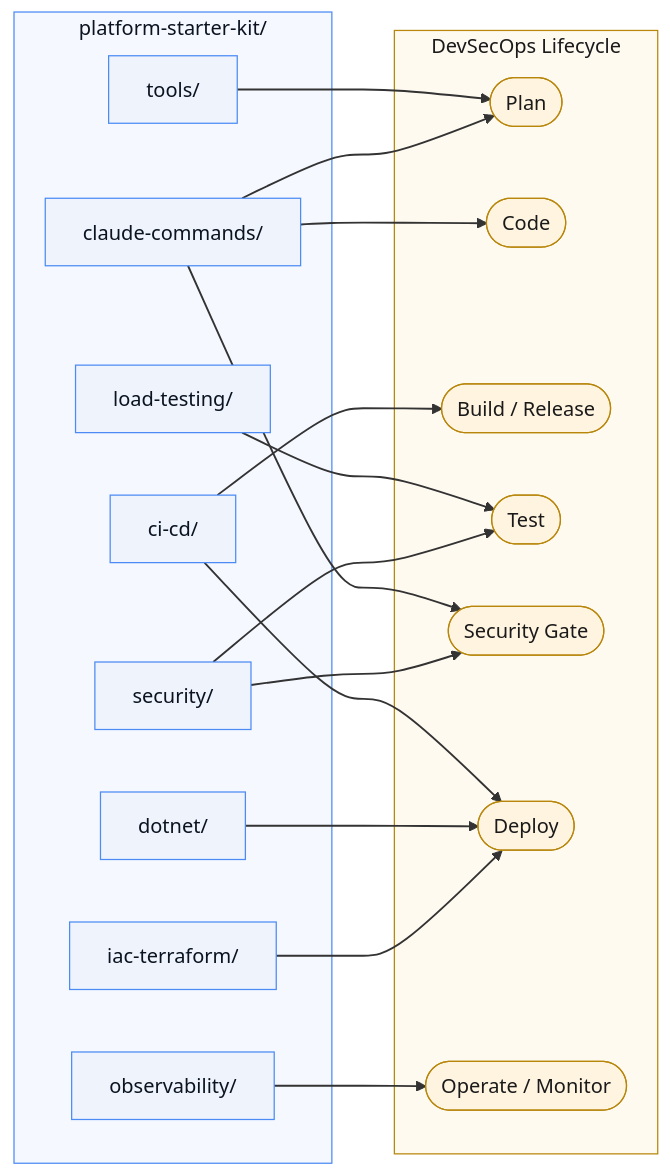
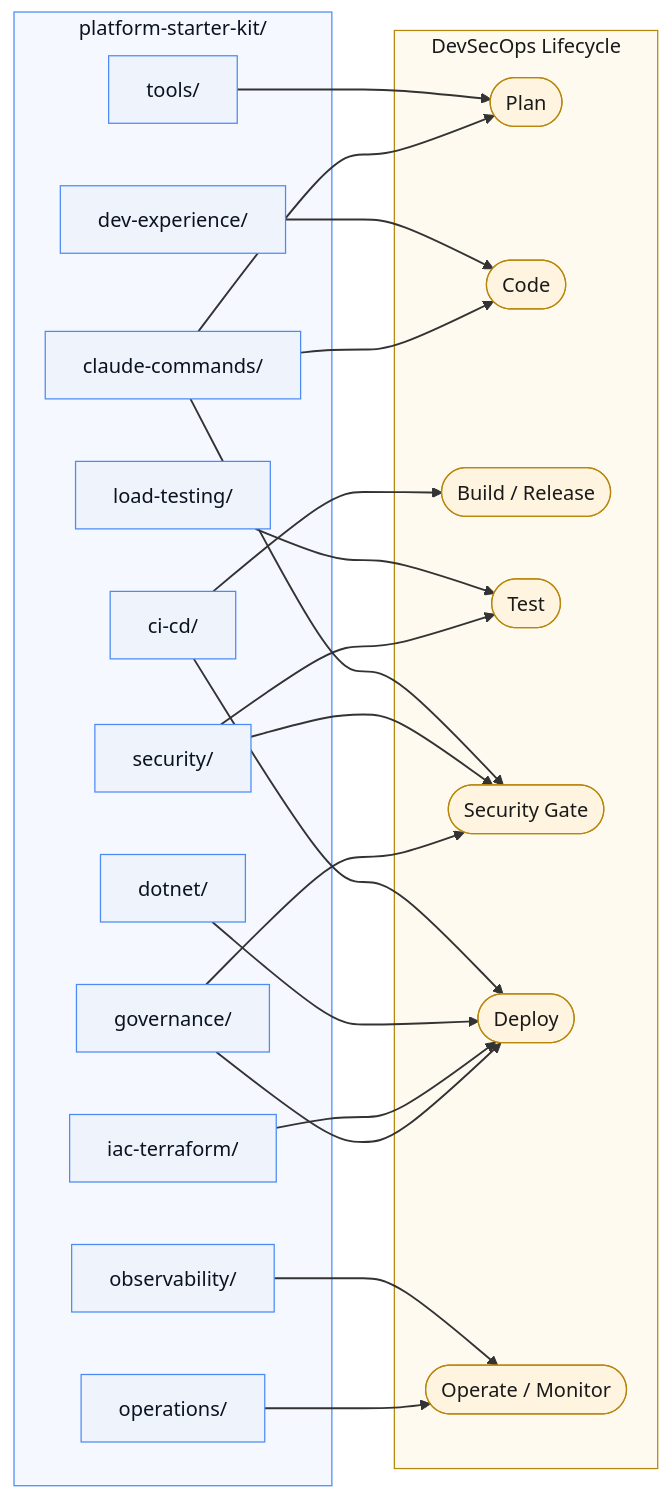
Before and after one commit to jaricsng/platform-starter-kit: the diagram in README.md, drawn with Mermaid (neutral theme). The commit also changed other lines of this file and 32 other files, not shown here.

````diff
--- a/README.md
+++ b/README.md
@@ -42,46 +42,53 @@
 ```mermaid
 flowchart LR
     subgraph repo["platform-starter-kit/"]
         tools["tools/"]
+        dx["dev-experience/"]
         commands["claude-commands/"]
         dotnet["dotnet/"]
         cicd["ci-cd/"]
         obs["observability/"]
         load["load-testing/"]
         iac["iac-terraform/"]
         sec["security/"]
+        gov["governance/"]
+        ops["operations/"]
     end
 
     subgraph lifecycle["DevSecOps Lifecycle"]
         plan(["Plan"])
         code(["Code"])
         build(["Build / Release"])
         test(["Test"])
         gate(["Security Gate"])
         deploy(["Deploy"])
         operate(["Operate / Monitor"])
     end
 
     tools --> plan
+    dx --> code
     commands --> code
     commands --> gate
     commands --> plan
     cicd --> build
     cicd --> deploy
     dotnet --> deploy
     obs --> operate
     load --> test
     sec --> test
     sec --> gate
     iac --> deploy
+    gov --> gate
+    gov --> deploy
+    ops --> operate
 
     classDef repoNode fill:#eef3fc,stroke:#4c8bf5,color:#0b1320,stroke-width:1px;
     classDef lifecycleNode fill:#fff4e0,stroke:#b8860b,color:#1a1a1a,stroke-width:1px;
-    class tools,commands,dotnet,cicd,obs,load,iac,sec repoNode;
+    class tools,dx,commands,dotnet,cicd,obs,load,iac,sec,gov,ops repoNode;
     class plan,code,build,test,gate,deploy,operate lifecycleNode;
 
     style repo fill:#f5f8ff,stroke:#4c8bf5,color:#0b1320
     style lifecycle fill:#fffaf0,stroke:#b8860b,color:#1a1a1a
 
     linkStyle default stroke:#333333,stroke-width:1.5px;
 ```
````
